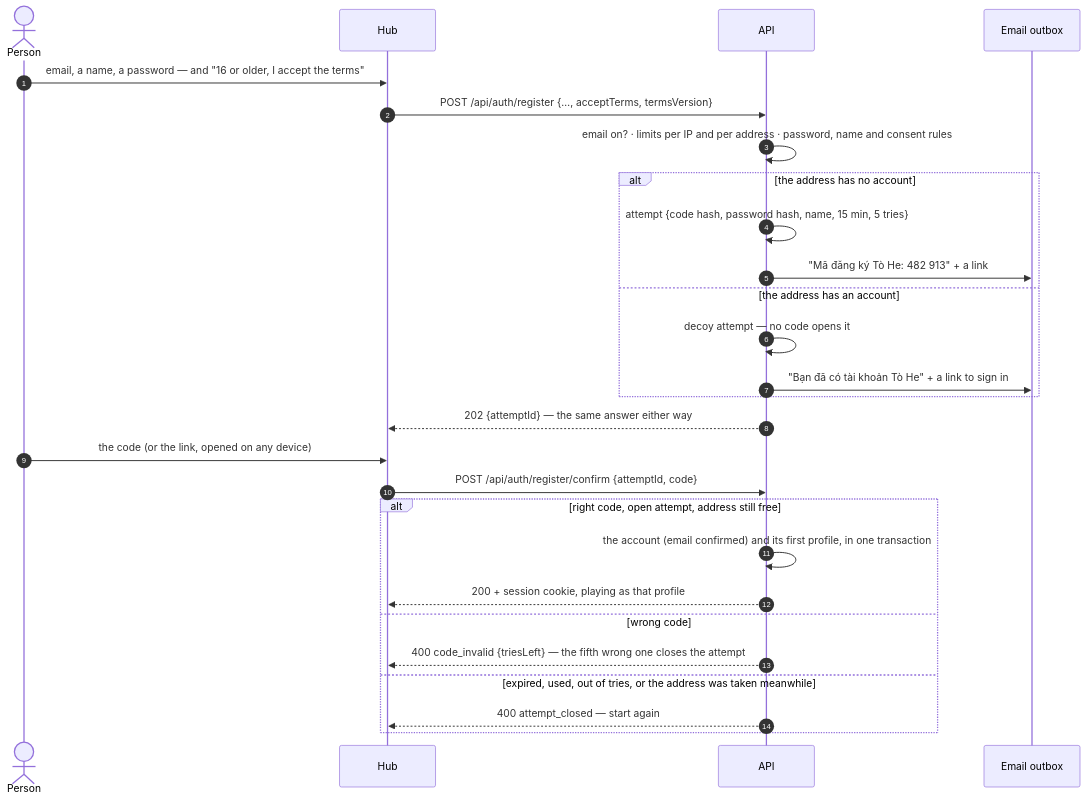
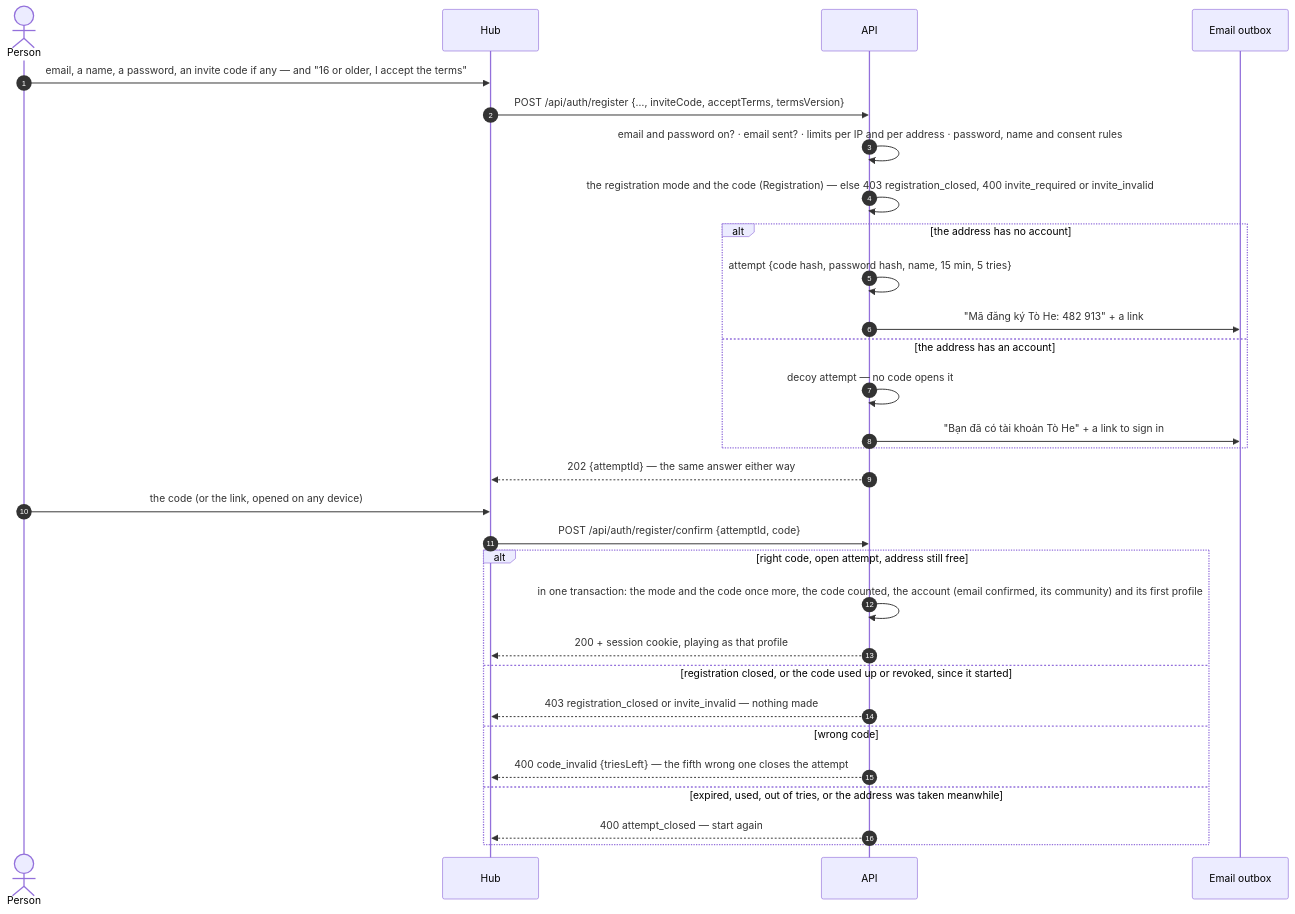
Before and after one commit to vinh466/tohe-play: the second of 11 diagrams in docs/architecture/identity.md, drawn with Mermaid. The commit also changed other lines of this file and 7 other files, not shown here.

First line of the commit message:
docs: ADR 0028 — sign-in and registration at run time, communities and invite codes

````diff
--- a/docs/architecture/identity.md
+++ b/docs/architecture/identity.md
@@ -87,29 +106,32 @@
 ```mermaid
 sequenceDiagram
   autonumber
   actor U as Person
   participant H as Hub
   participant A as API
   participant M as Email outbox
-  U->>H: email, a name, a password — and "16 or older, I accept the terms"
-  H->>A: POST /api/auth/register {…, acceptTerms, termsVersion}
-  A->>A: email on? · limits per IP and per address · password, name and consent rules
+  U->>H: email, a name, a password, an invite code if any — and "16 or older, I accept the terms"
+  H->>A: POST /api/auth/register {…, inviteCode, acceptTerms, termsVersion}
+  A->>A: email and password on? · email sent? · limits per IP and per address · password, name and consent rules
+  A->>A: the registration mode and the code (Registration) — else 403 registration_closed, 400 invite_required or invite_invalid
   alt the address has no account
     A->>A: attempt {code hash, password hash, name, 15 min, 5 tries}
     A->>M: "Mã đăng ký Tò He: 482 913" + a link
   else the address has an account
     A->>A: decoy attempt — no code opens it
     A->>M: "Bạn đã có tài khoản Tò He" + a link to sign in
   end
   A-->>H: 202 {attemptId} — the same answer either way
   U->>H: the code (or the link, opened on any device)
   H->>A: POST /api/auth/register/confirm {attemptId, code}
   alt right code, open attempt, address still free
-    A->>A: the account (email confirmed) and its first profile, in one transaction
+    A->>A: in one transaction: the mode and the code once more, the code counted, the account (email confirmed, its community) and its first profile
     A-->>H: 200 + session cookie, playing as that profile
+  else registration closed, or the code used up or revoked, since it started
+    A-->>H: 403 registration_closed or invite_invalid — nothing made
   else wrong code
     A-->>H: 400 code_invalid {triesLeft} — the fifth wrong one closes the attempt
   else expired, used, out of tries, or the address was taken meanwhile
     A-->>H: 400 attempt_closed — start again
   end
 ```
````
